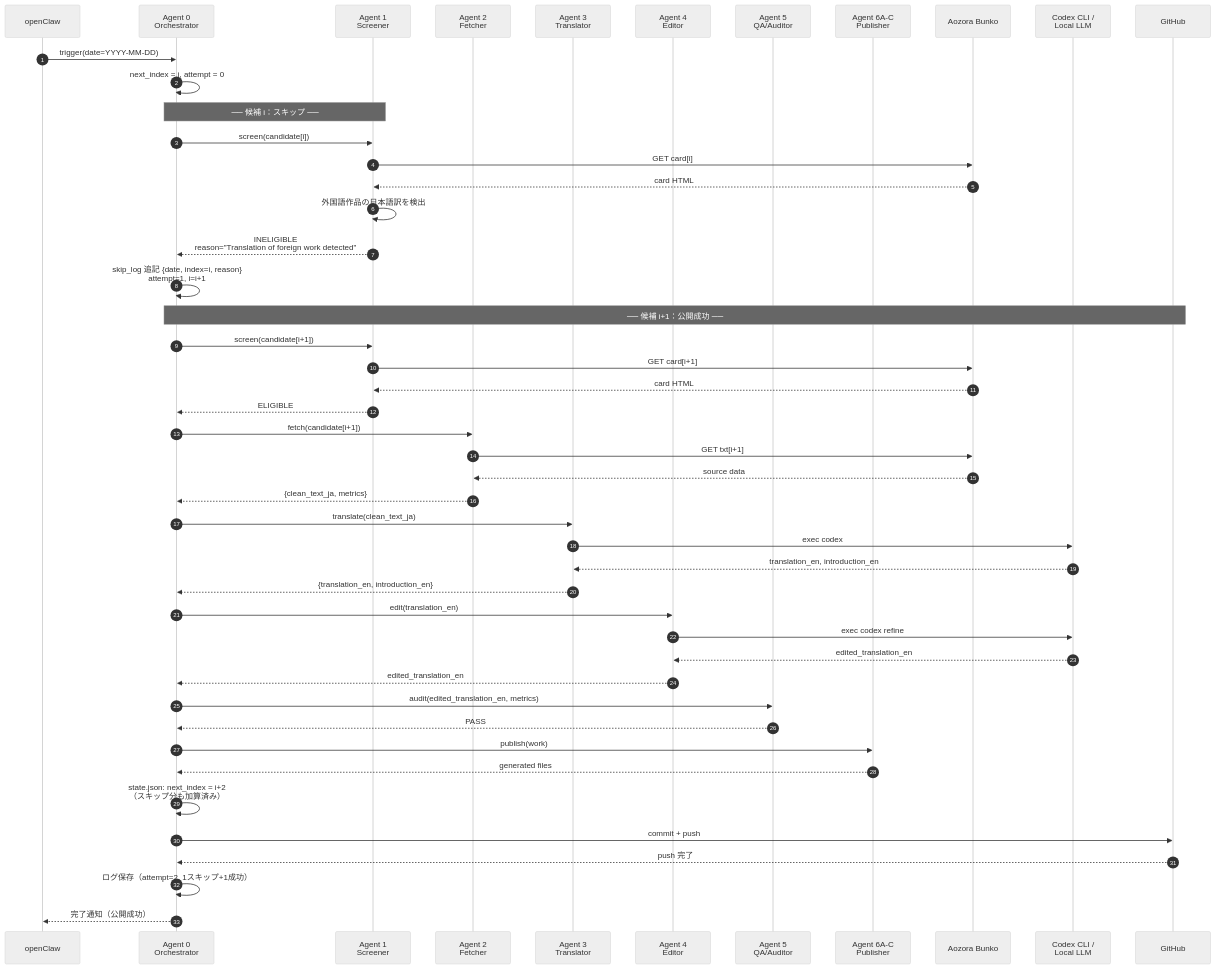
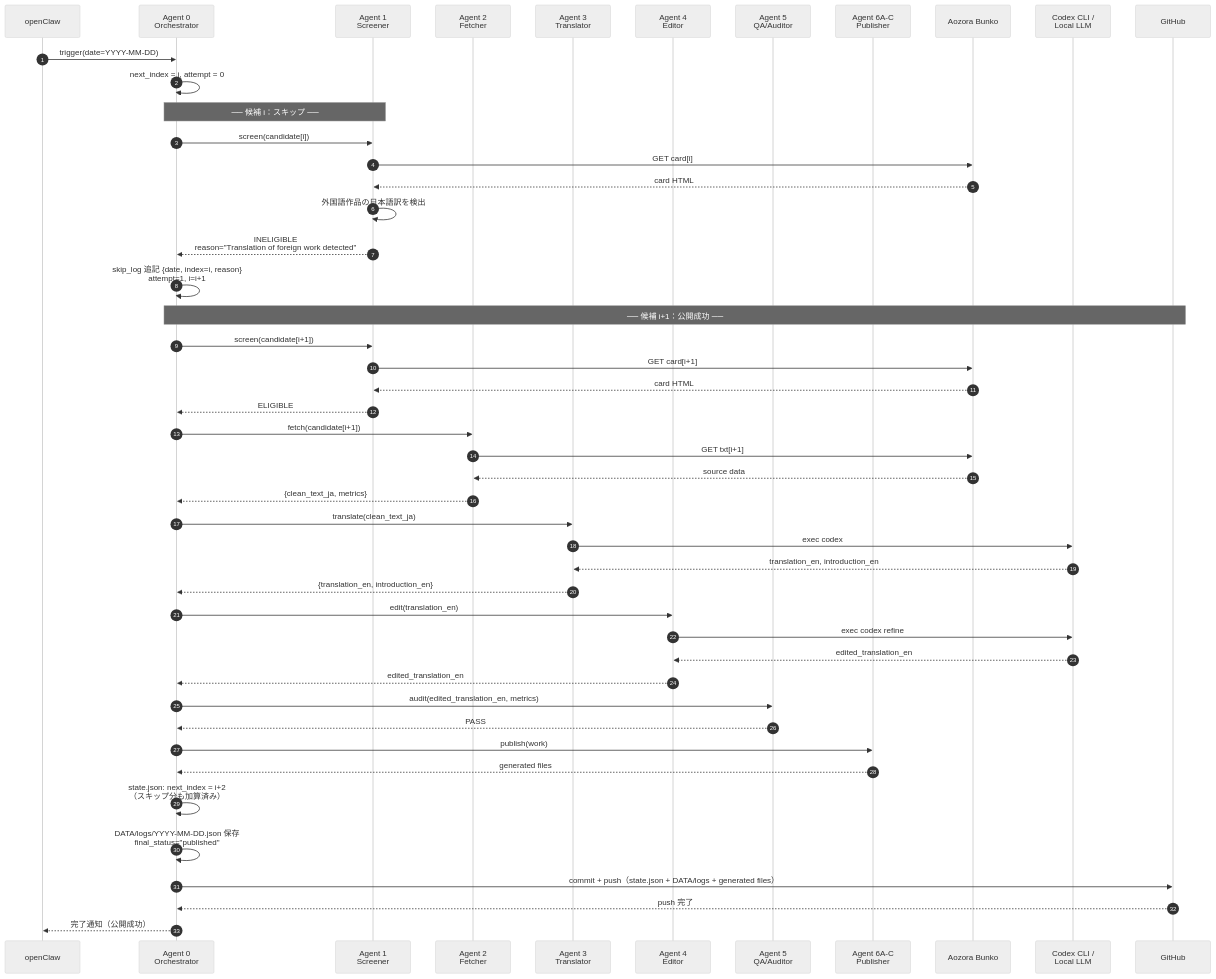
Before and after one commit to garyohosu/AozoraDailyTranslations: the second of 10 diagrams in SEQUENCE.md, drawn with Mermaid (neutral theme). The commit also changed other lines of this file and 1 other file, not shown here.

Commit message:
docs: align workflow commit order and exhausted issue policy

````diff
--- a/SEQUENCE.md
+++ b/SEQUENCE.md
@@ -100,59 +99,59 @@
 ```mermaid
 sequenceDiagram
     autonumber
     participant OC as openClaw
     participant Orch as Agent 0<br/>Orchestrator
     participant Screen as Agent 1<br/>Screener
     participant Fetch as Agent 2<br/>Fetcher
     participant Trans as Agent 3<br/>Translator
     participant Edit as Agent 4<br/>Editor
     participant QA as Agent 5<br/>QA/Auditor
     participant Pub as Agent 6A-C<br/>Publisher
     participant AZ as Aozora Bunko
     participant LLM as Codex CLI /<br/>Local LLM
     participant GH as GitHub
 
     OC->>Orch: trigger(date=YYYY-MM-DD)
     Orch->>Orch: next_index = i, attempt = 0
 
     Note over Orch,Screen: ── 候補 i：スキップ ──
     Orch->>Screen: screen(candidate[i])
     Screen->>AZ: GET card[i]
     AZ-->>Screen: card HTML
     Screen->>Screen: 外国語作品の日本語訳を検出
     Screen-->>Orch: INELIGIBLE<br/>reason="Translation of foreign work detected"
     Orch->>Orch: skip_log 追記 {date, index=i, reason}<br/>attempt=1, i=i+1
 
     Note over Orch,GH: ── 候補 i+1：公開成功 ──
     Orch->>Screen: screen(candidate[i+1])
     Screen->>AZ: GET card[i+1]
     AZ-->>Screen: card HTML
     Screen-->>Orch: ELIGIBLE
 
     Orch->>Fetch: fetch(candidate[i+1])
     Fetch->>AZ: GET txt[i+1]
     AZ-->>Fetch: source data
     Fetch-->>Orch: {clean_text_ja, metrics}
 
     Orch->>Trans: translate(clean_text_ja)
     Trans->>LLM: exec codex
     LLM-->>Trans: translation_en, introduction_en
     Trans-->>Orch: {translation_en, introduction_en}
 
     Orch->>Edit: edit(translation_en)
     Edit->>LLM: exec codex refine
     LLM-->>Edit: edited_translation_en
     Edit-->>Orch: edited_translation_en
 
     Orch->>QA: audit(edited_translation_en, metrics)
     QA-->>Orch: PASS
 
     Orch->>Pub: publish(work)
     Pub-->>Orch: generated files
 
     Orch->>Orch: state.json: next_index = i+2<br/>（スキップ分も加算済み）
-    Orch->>GH: commit + push
+    Orch->>Orch: DATA/logs/YYYY-MM-DD.json 保存<br/>final_status="published"
+    Orch->>GH: commit + push（state.json + DATA/logs + generated files）
     GH-->>Orch: push 完了
-    Orch->>Orch: ログ保存（attempt=2, 1スキップ+1成功）
     Orch-->>OC: 完了通知（公開成功）
 ```
````
